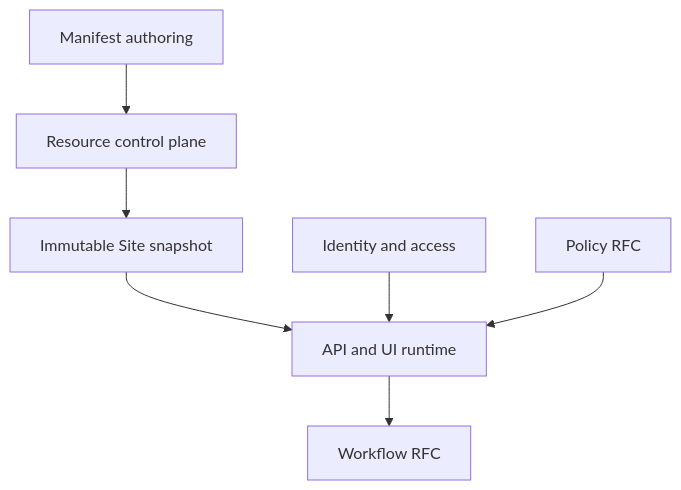
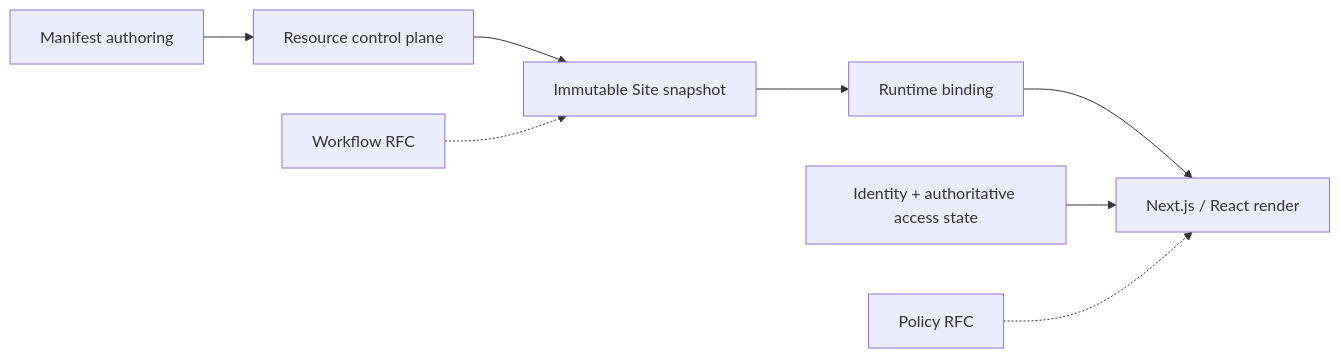
One commit to taskmigo/docs changed the diagram in content/versions/v0/developer/index.mdx. Above: the diagram before and after it, drawn with Mermaid. The commit also changed other lines of this file and 25 other files, not shown here.

````diff
--- a/content/versions/v0/developer/index.mdx
+++ b/content/versions/v0/developer/index.mdx
@@ -15,9 +15,10 @@
 ```mermaid
-flowchart TD
+flowchart LR
   author["Manifest authoring"] --> resource["Resource control plane"]
   resource --> snapshot["Immutable Site snapshot"]
-  snapshot --> runtime["API and UI runtime"]
-  access["Identity and access"] --> runtime
-  policy["Policy RFC"] --> runtime
-  runtime --> workflow["Workflow RFC"]
+  snapshot --> binding["Runtime binding"]
+  binding --> render["Next.js / React render"]
+  access["Identity + authoritative access state"] --> render
+  policy["Policy RFC"] -.-> render
+  workflow["Workflow RFC"] -.-> snapshot
 ```
````
